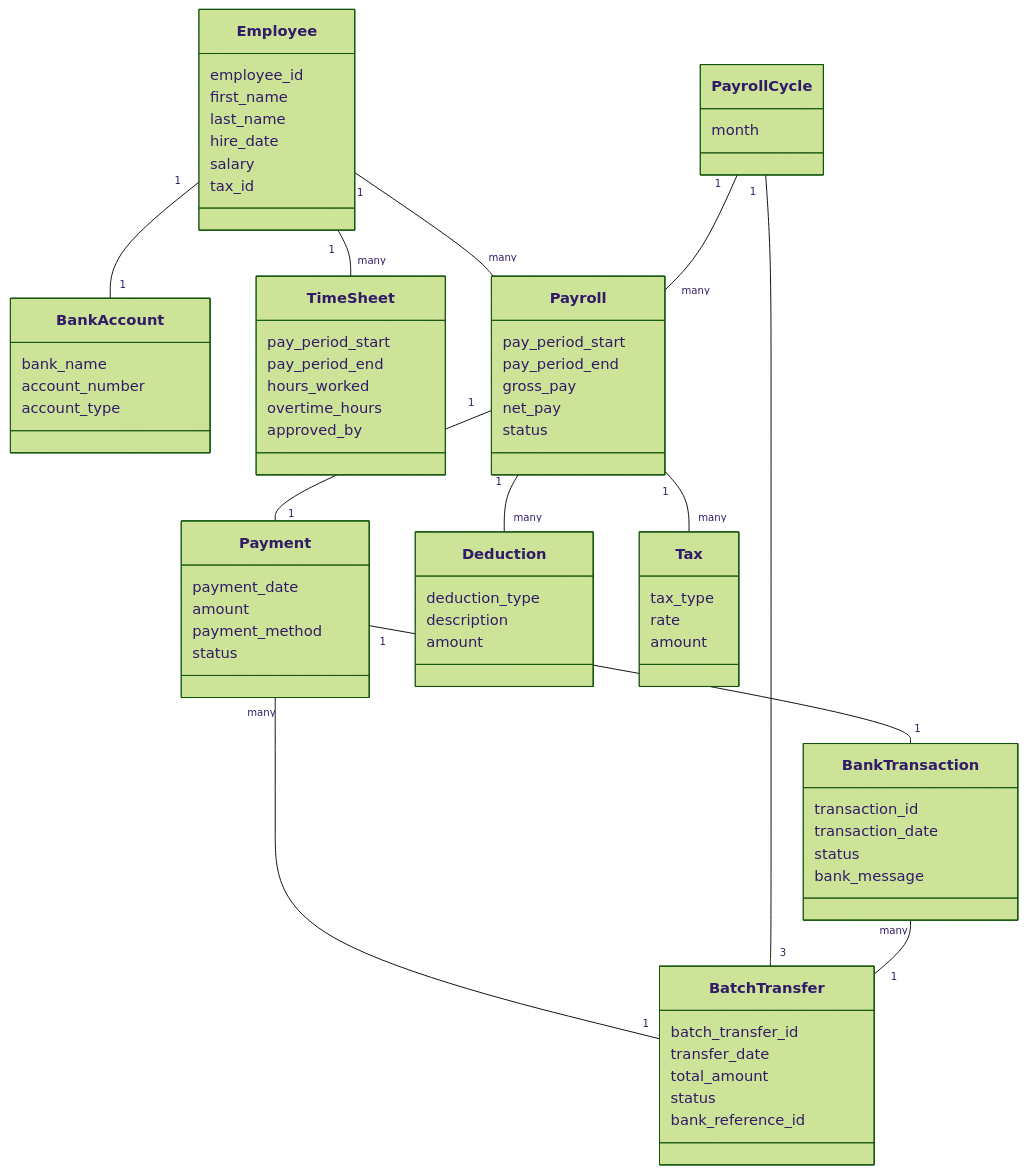
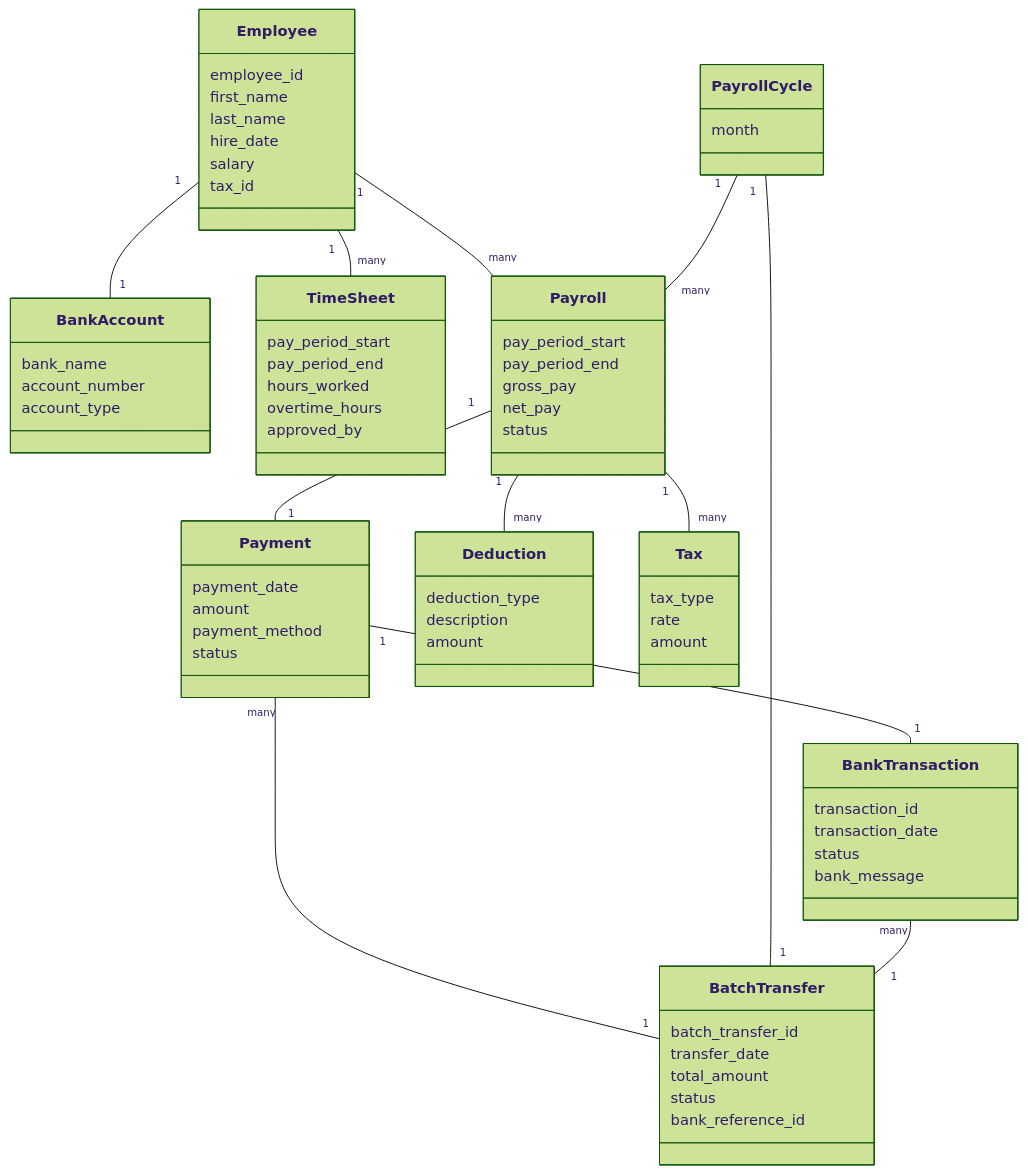
The second of 3 diagrams in business/models/README.md (oddsteam/api.odds-worklog), drawn with Mermaid (forest theme) before and after one commit. The commit also changed other lines of this file and 3 other files, not shown here.

````diff
--- a/business/models/README.md
+++ b/business/models/README.md
@@ -224,7 +221,7 @@
 Payroll "1" -- "many" Tax
 Payment "1" -- "1" BankTransaction
 Payment "many" -- "1" BatchTransfer
-PayrollCycle "1" -- "3" BatchTransfer
+PayrollCycle "1" -- "1" BatchTransfer
 BankTransaction "many" -- "1" BatchTransfer
 PayrollCycle "1" -- "many" Payroll
 ```
````
